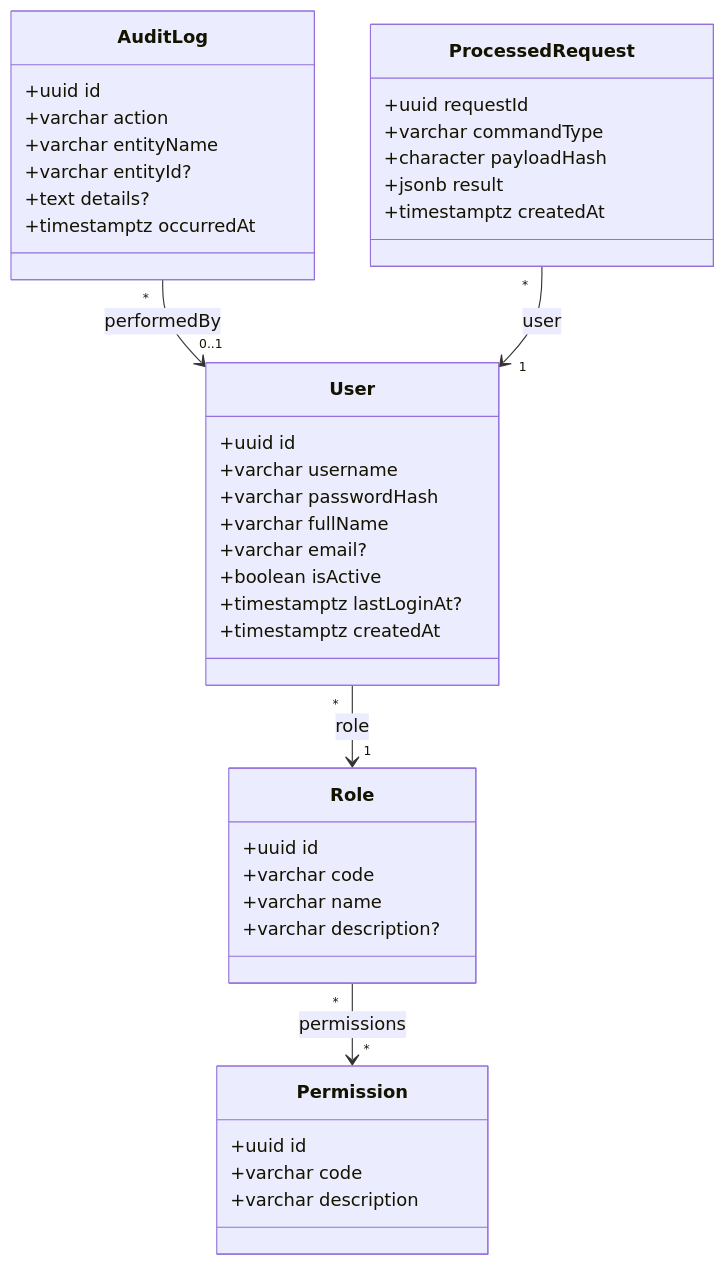
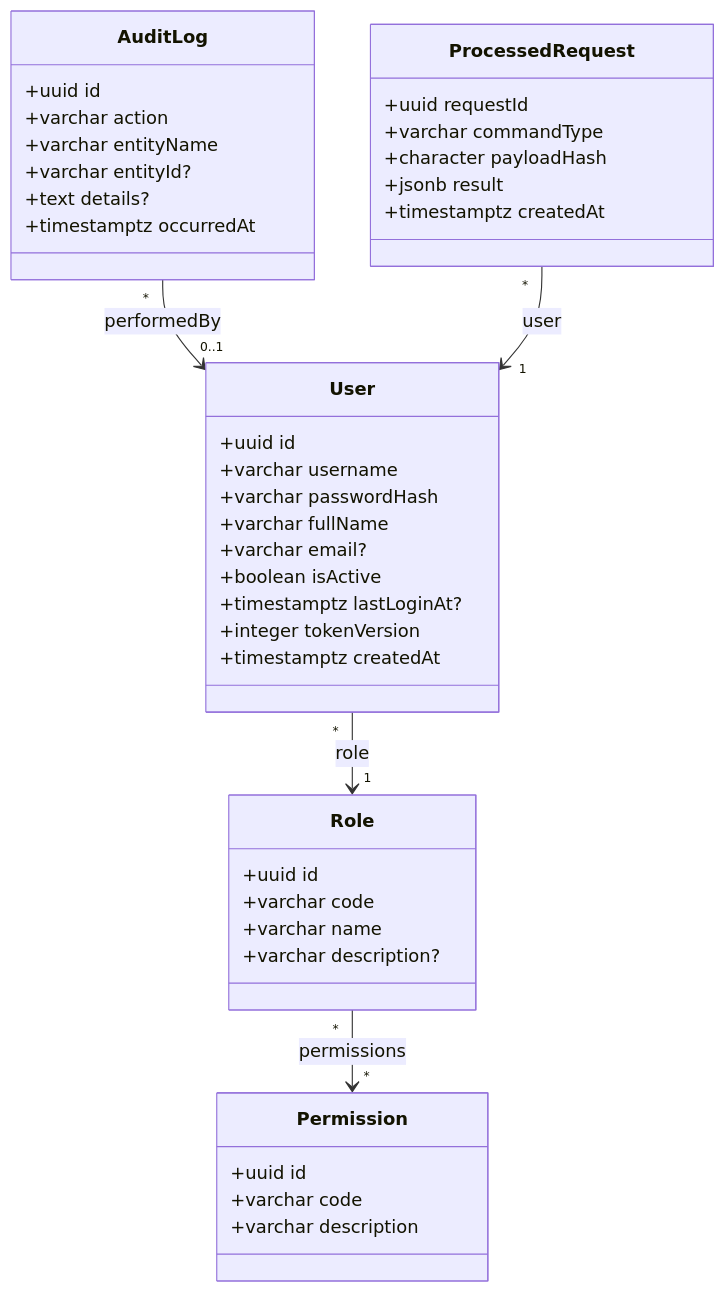
One commit to NeitLN/261_72ITSE41704_2474802010391_PharmacyStock changed the sixth of 10 diagrams in docs/diagrams/class-diagram.md. Above: the diagram before and after it, drawn with Mermaid. The commit also changed 2 other files, not shown here.

Commit message:
docs(diagrams): regenerate from v1.0.2: users.tokenVersion and the stock-take line index
Refs #71

````diff
--- a/docs/diagrams/class-diagram.md
+++ b/docs/diagrams/class-diagram.md
@@ -368,43 +368,44 @@
 ```mermaid
 classDiagram
     class User {
         +uuid id
         +varchar username
         +varchar passwordHash
         +varchar fullName
         +varchar email?
         +boolean isActive
         +timestamptz lastLoginAt?
+        +integer tokenVersion
         +timestamptz createdAt
     }
     class Role {
         +uuid id
         +varchar code
         +varchar name
         +varchar description?
     }
     class Permission {
         +uuid id
         +varchar code
         +varchar description
     }
     class AuditLog {
         +uuid id
         +varchar action
         +varchar entityName
         +varchar entityId?
         +text details?
         +timestamptz occurredAt
     }
     class ProcessedRequest {
         +uuid requestId
         +varchar commandType
         +character payloadHash
         +jsonb result
         +timestamptz createdAt
     }
     User "*" --> "1" Role : role
     Role "*" --> "*" Permission : permissions
     AuditLog "*" --> "0..1" User : performedBy
     ProcessedRequest "*" --> "1" User : user
 ```
````
